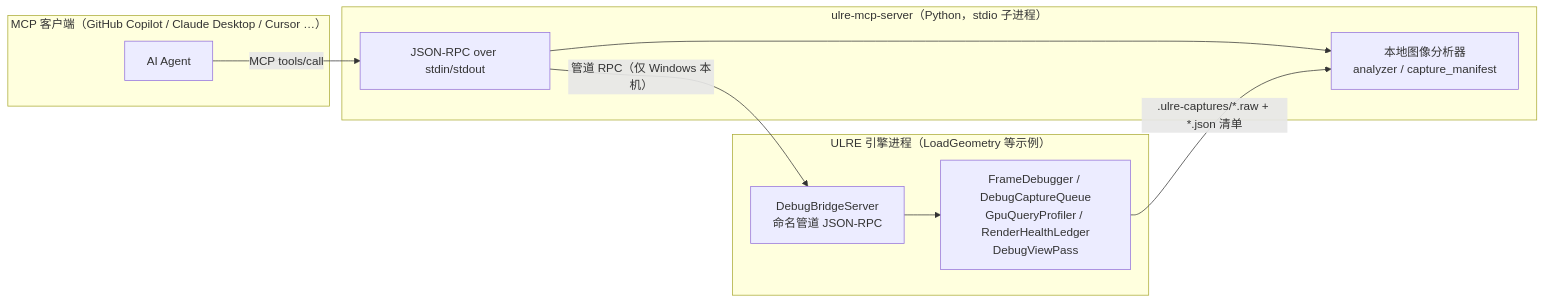
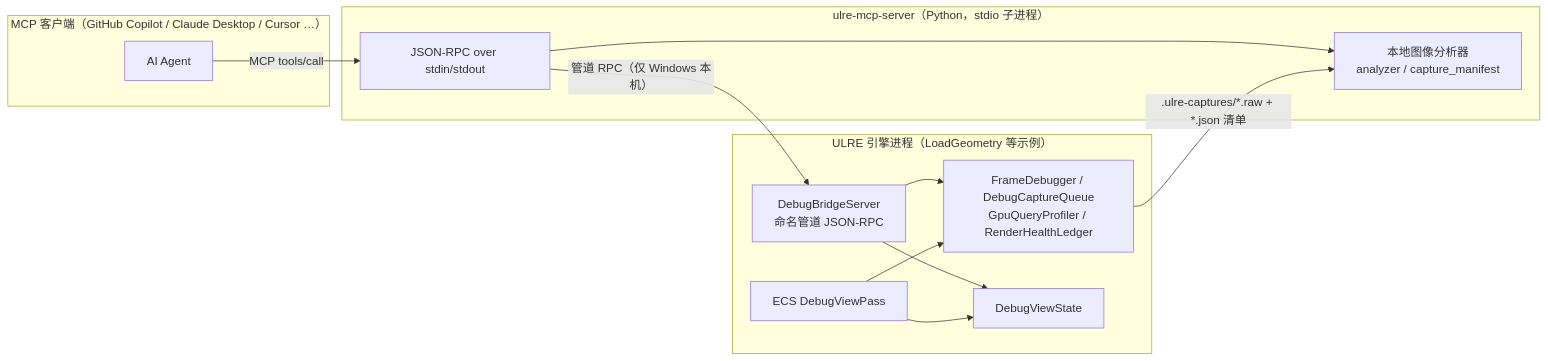
Before and after one commit to hyzboy/ULRE: the diagram in doc/ulre-mcp-server-integration.md, drawn with Mermaid. The commit also changed other lines of this file and 7 other files, not shown here.

Commit message:
refactor(debug): decouple bridge state from ECS

````diff
--- a/doc/ulre-mcp-server-integration.md
+++ b/doc/ulre-mcp-server-integration.md
@@ -15,19 +15,24 @@
 ```mermaid
 flowchart LR
     subgraph Client["MCP 客户端（GitHub Copilot / Claude Desktop / Cursor …）"]
         A[AI Agent]
     end
     subgraph MCP["ulre-mcp-server（Python，stdio 子进程）"]
         B[JSON-RPC over stdin/stdout]
         C[本地图像分析器<br/>analyzer / capture_manifest]
     end
     subgraph Engine["ULRE 引擎进程（LoadGeometry 等示例）"]
         D[DebugBridgeServer<br/>命名管道 JSON-RPC]
-        E[FrameDebugger / DebugCaptureQueue<br/>GpuQueryProfiler / RenderHealthLedger<br/>DebugViewPass]
+        E[FrameDebugger / DebugCaptureQueue<br/>GpuQueryProfiler / RenderHealthLedger]
+        F[DebugViewState]
+        G[ECS DebugViewPass]
     end
     A -- "MCP tools/call" --> B
     B -- "管道 RPC（仅 Windows 本机）" --> D
     B --> C
     D --> E
+    D --> F
+    G --> F
+    G --> E
     E -- ".ulre-captures/*.raw + *.json 清单" --> C
 ```
````
